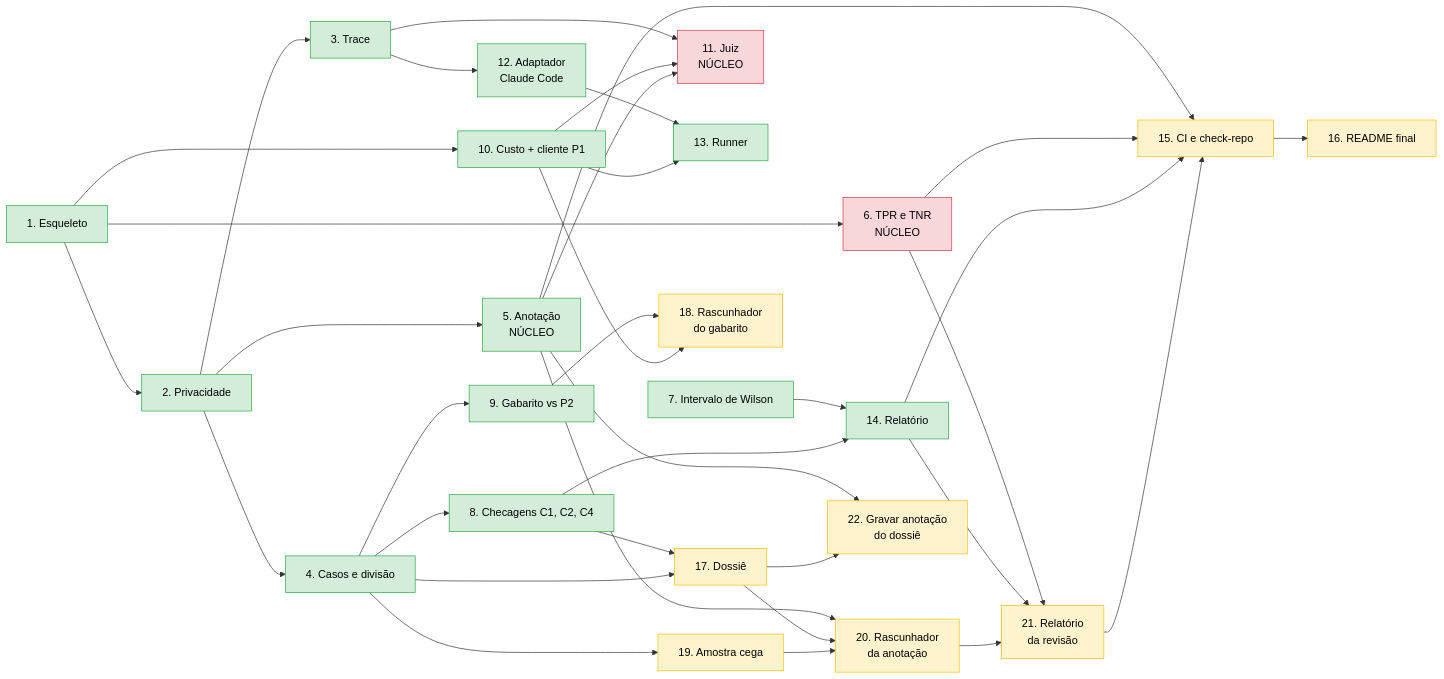
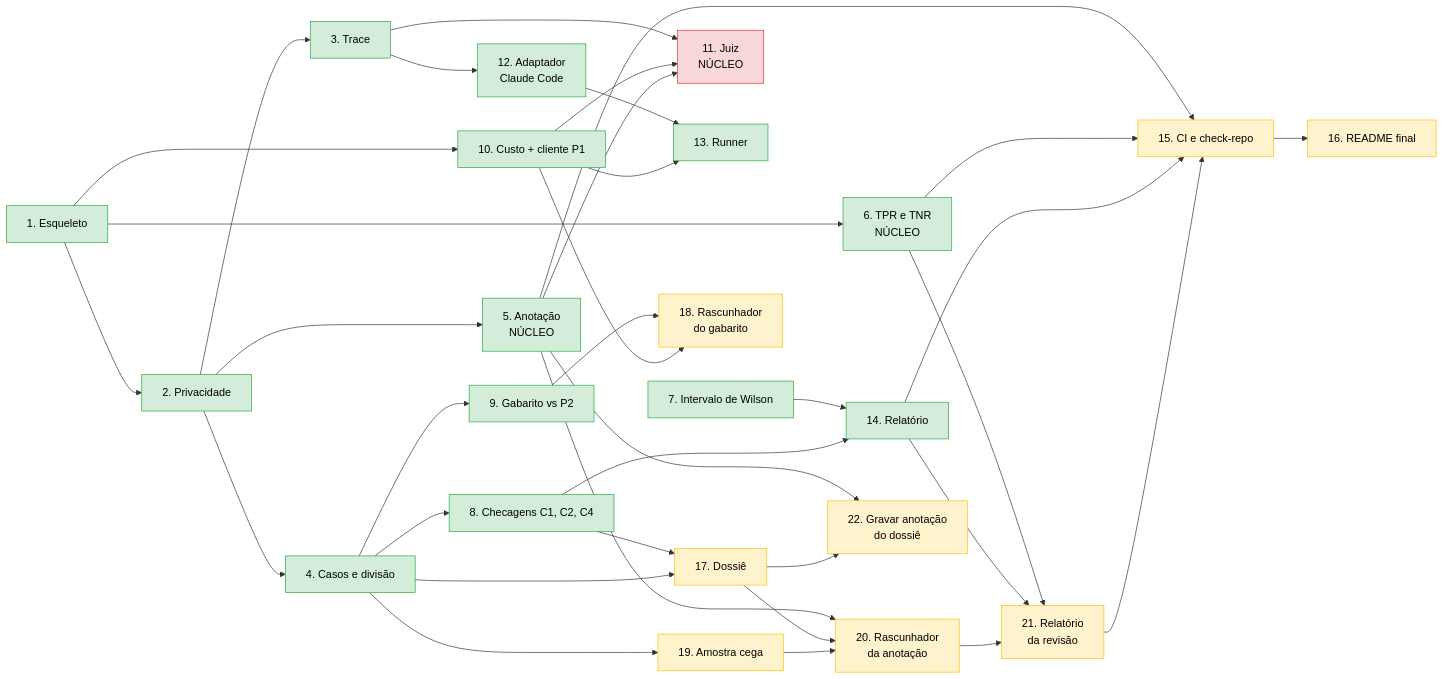
The diagram in docs/diagramas/09-ordem-das-tarefas.md (CristianonCarvalho/harness-p3-evals), drawn with Mermaid before and after one commit. The commit also changed other lines of this file and 1 other file, not shown here.

Commit message:
README e diagrama 09: Tarefa 6 feita

````diff
--- a/docs/diagramas/09-ordem-das-tarefas.md
+++ b/docs/diagramas/09-ordem-das-tarefas.md
@@ -5,49 +5,49 @@
 ```mermaid
 flowchart LR
     t1["1. Esqueleto"] --> t2["2. Privacidade"]
     t2 --> t3["3. Trace"]
     t2 --> t4["4. Casos e divisão"]
     t4 --> t8["8. Checagens C1, C2, C4"]
     t7["7. Intervalo de Wilson"] --> t14["14. Relatório"]
     t8 --> t14
     t4 --> t9["9. Gabarito vs P2"]
     t1 --> t10["10. Custo + cliente P1"]
 
     t2 --> t5["5. Anotação<br/>NÚCLEO"]
     t1 --> t6["6. TPR e TNR<br/>NÚCLEO"]
     t3 --> t11["11. Juiz<br/>NÚCLEO"]
     t10 --> t11
     t5 --> t11
 
     t3 --> t12["12. Adaptador<br/>Claude Code"]
     t12 --> t13["13. Runner"]
     t10 --> t13
 
     t5 --> t15["15. CI e check-repo"]
     t6 --> t15
     t14 --> t15
     t15 --> t16["16. README final"]
 
     t8 --> t17["17. Dossiê"]
     t4 --> t17
     t9 --> t18["18. Rascunhador<br/>do gabarito"]
     t10 --> t18
     t4 --> t19["19. Amostra cega"]
     t5 --> t20["20. Rascunhador<br/>da anotação"]
     t17 --> t20
     t19 --> t20
     t6 --> t21["21. Relatório<br/>da revisão"]
     t14 --> t21
     t20 --> t21
     t21 --> t15
     t5 --> t22["22. Gravar anotação<br/>do dossiê"]
     t17 --> t22
 
     classDef feito fill:#d4edda,stroke:#28a745,color:#000
     classDef falta fill:#fff3cd,stroke:#ffc107,color:#000
     classDef seu fill:#f8d7da,stroke:#dc3545,color:#000
 
-    class t1,t2,t3,t4,t5,t7,t8,t9,t10,t12,t13,t14 feito
+    class t1,t2,t3,t4,t5,t6,t7,t8,t9,t10,t12,t13,t14 feito
     class t15,t16,t17,t18,t19,t20,t21,t22 falta
-    class t6,t11 seu
+    class t11 seu
 ```
````
